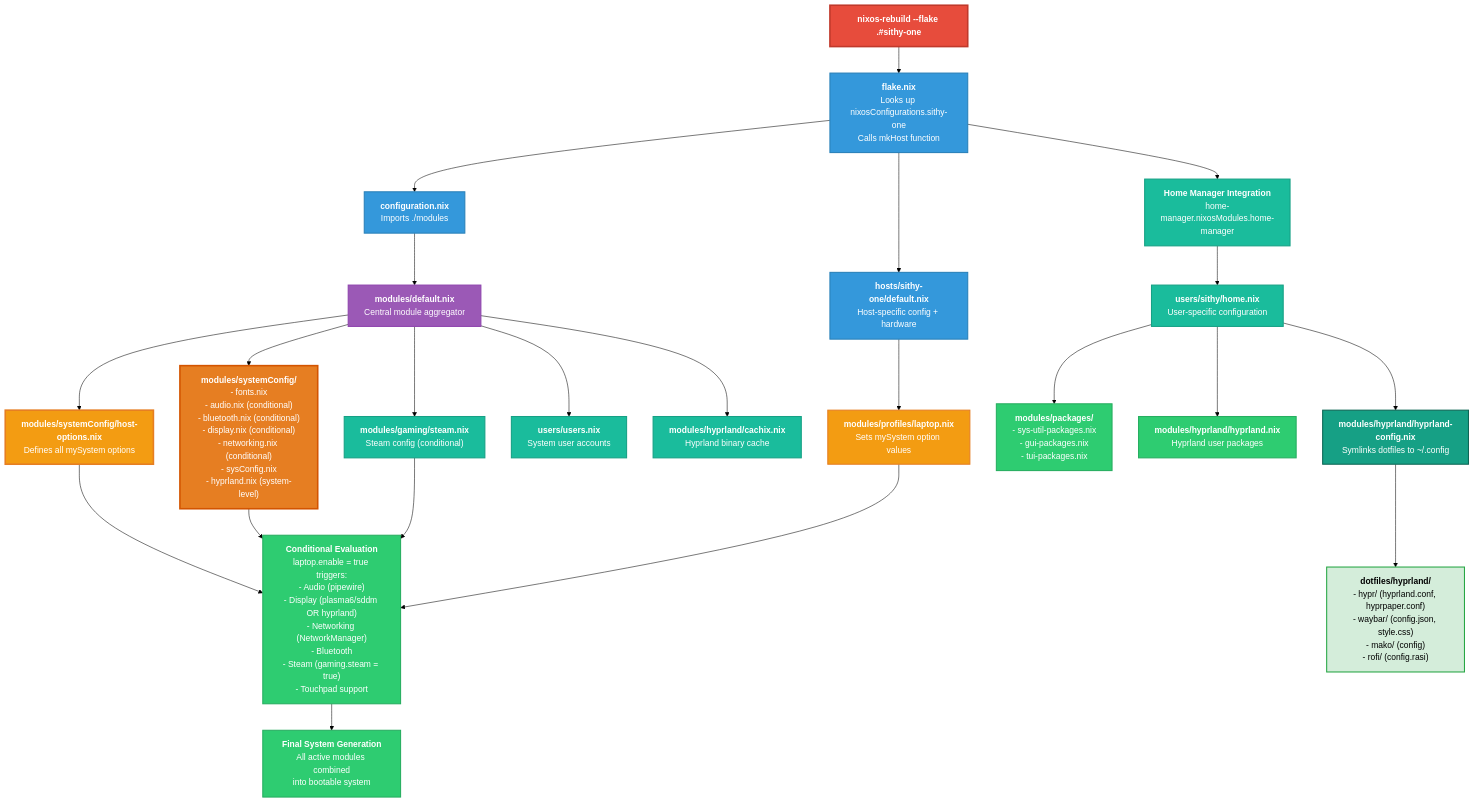
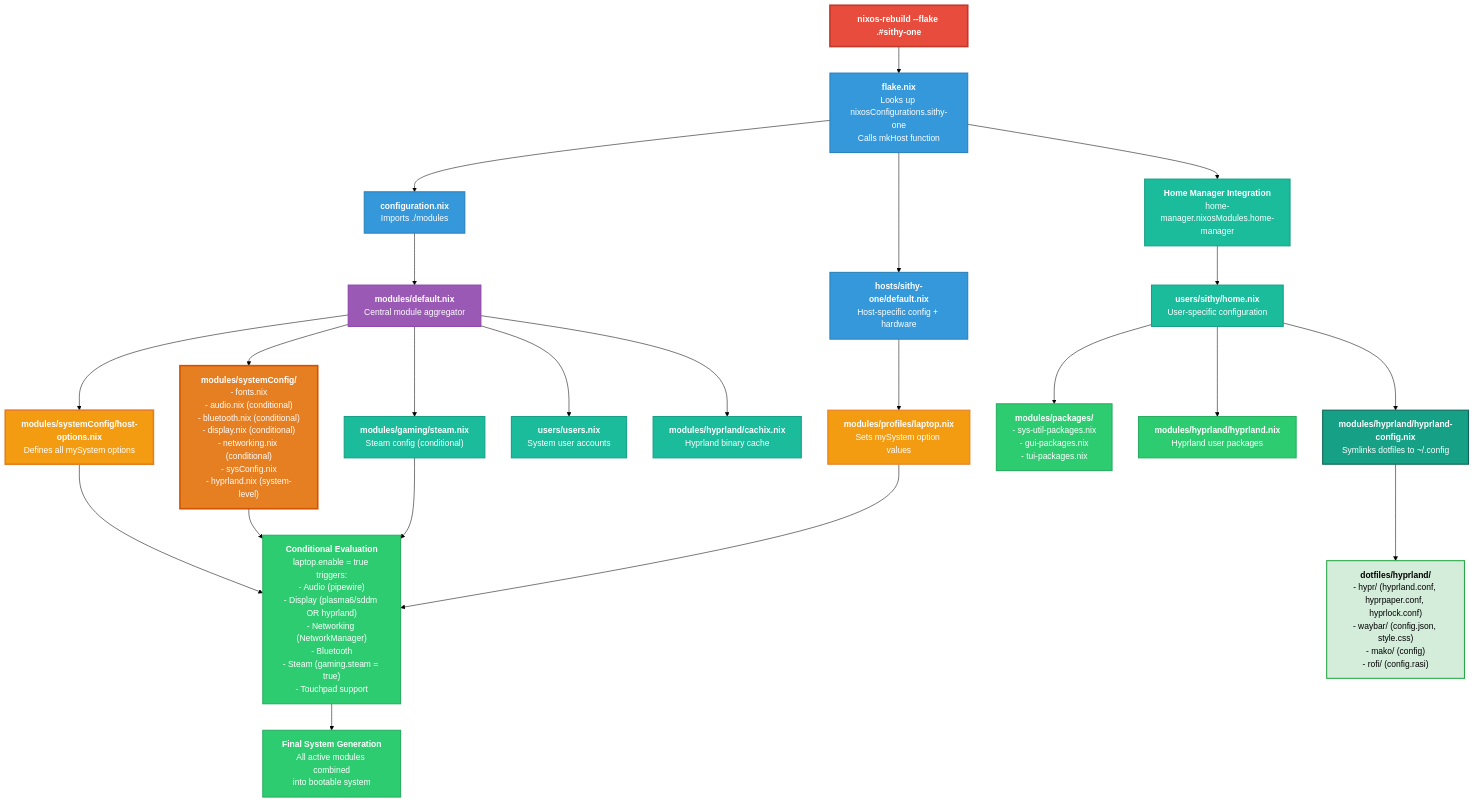
One commit to sithypenguin/nix-config changed the diagram in README.md. Above: the diagram before and after it, drawn with Mermaid (forest theme). The commit also changed other lines of this file, not shown here.

```diff
--- a/README.md
+++ b/README.md
@@ -92,7 +92,7 @@
     Symlinks dotfiles to ~/.config`"]
     
     N2 --> N3["`**dotfiles/hyprland/**
-    - hypr/ (hyprland.conf, hyprpaper.conf)
+    - hypr/ (hyprland.conf, hyprpaper.conf, hyprlock.conf)
     - waybar/ (config.json, style.css)
     - mako/ (config)
     - rofi/ (config.rasi)`"]
```
